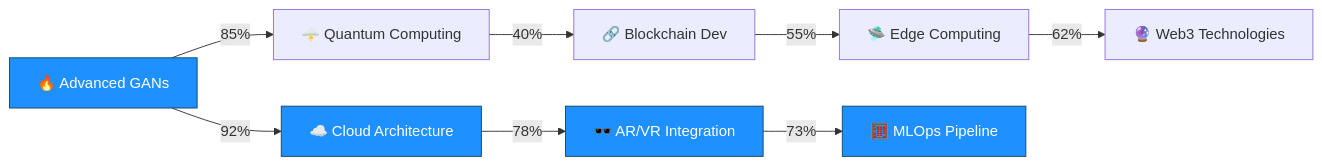
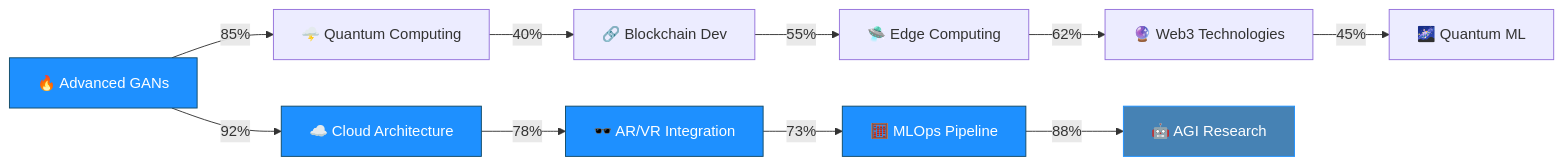
One commit to turanya/TURANYAMISHRA changed the first of 3 diagrams in readme.md. Above: the diagram before and after it, drawn with Mermaid. The commit also changed other lines of this file, not shown here.

````diff
--- a/readme.md
+++ b/readme.md
@@ -144,15 +208,18 @@
 ```mermaid
 graph LR
     A[🔥 Advanced GANs] -->|85%| B[🌩️ Quantum Computing]
     A -->|92%| C[☁️ Cloud Architecture]
     B -->|40%| D[🔗 Blockchain Dev]
     C -->|78%| E[🕶️ AR/VR Integration]
     D -->|55%| F[🛸 Edge Computing]
     E -->|73%| G[🧮 MLOps Pipeline]
     F -->|62%| H[🔮 Web3 Technologies]
+    G -->|88%| I[🤖 AGI Research]
+    H -->|45%| J[🌌 Quantum ML]
     
     style A fill:#1E90FF,stroke:#104966,color:#fff
     style C fill:#1E90FF,stroke:#104966,color:#fff
     style E fill:#1E90FF,stroke:#104966,color:#fff
     style G fill:#1E90FF,stroke:#104966,color:#fff
+    style I fill:#4682B4,stroke:#1E90FF,color:#fff
 ```
````
